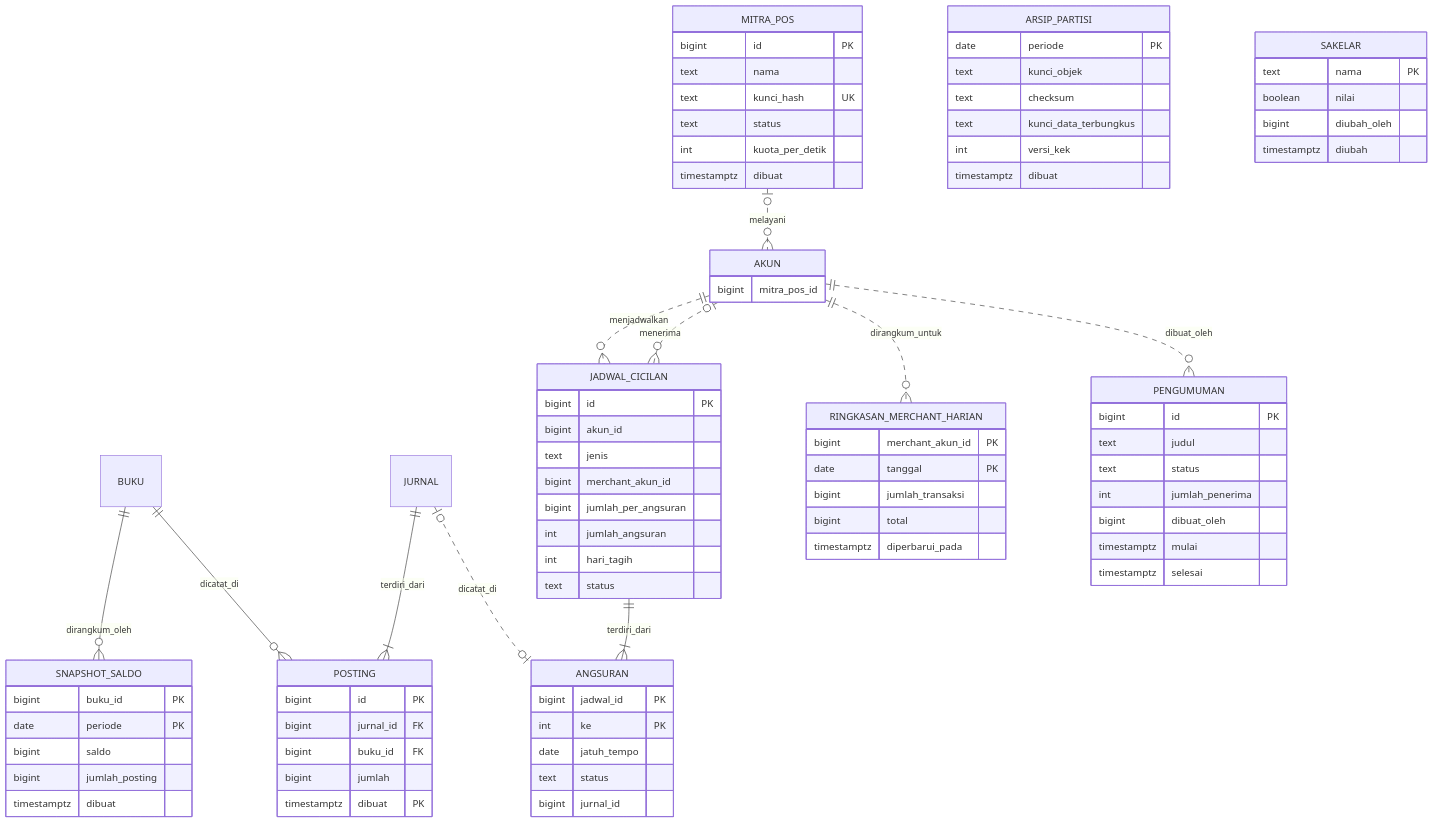
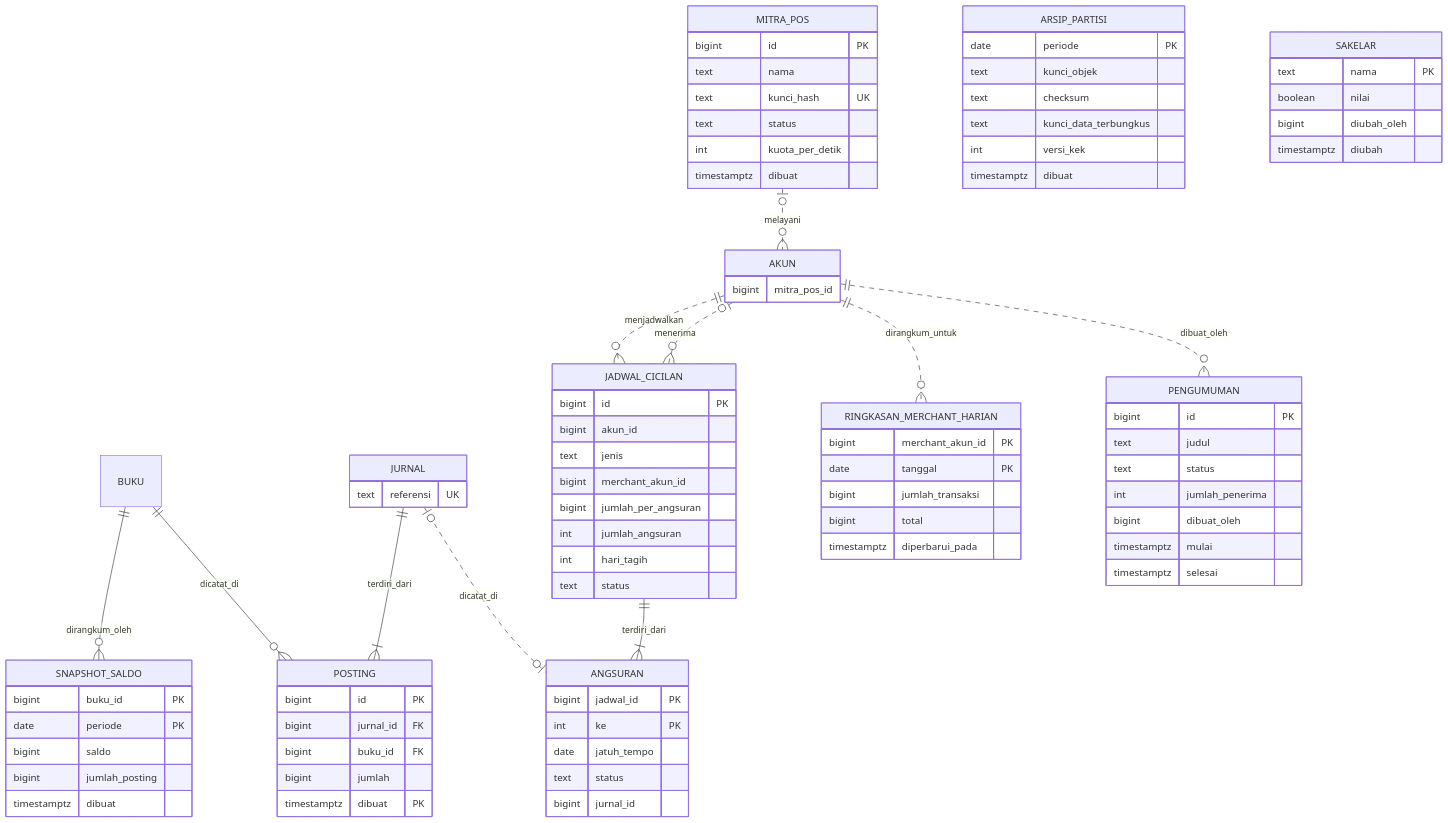
The diagram in plan/CERITA-TAHAP-5.md (fadhilmuhaimin/rekeningo-tech-journey), drawn with Mermaid before and after one commit. The commit also changed other lines of this file, not shown here.

````diff
--- a/plan/CERITA-TAHAP-5.md
+++ b/plan/CERITA-TAHAP-5.md
@@ -339,65 +339,66 @@
 ```mermaid
 erDiagram
   BUKU ||--o{ SNAPSHOT_SALDO : dirangkum_oleh
   JURNAL ||--|{ POSTING : terdiri_dari
   BUKU ||--o{ POSTING : dicatat_di
   JADWAL_CICILAN ||--|{ ANGSURAN : terdiri_dari
   AKUN ||..o{ JADWAL_CICILAN : menjadwalkan
   AKUN |o..o{ JADWAL_CICILAN : menerima
   JURNAL |o..o| ANGSURAN : dicatat_di
   AKUN ||..o{ RINGKASAN_MERCHANT_HARIAN : dirangkum_untuk
   MITRA_POS |o..o{ AKUN : melayani
   AKUN ||..o{ PENGUMUMAN : dibuat_oleh
   POSTING { bigint id PK
     bigint jurnal_id FK
     bigint buku_id FK
     bigint jumlah
     timestamptz dibuat PK }
   SNAPSHOT_SALDO { bigint buku_id PK
     date periode PK
     bigint saldo
     bigint jumlah_posting
     timestamptz dibuat }
   ARSIP_PARTISI { date periode PK
     text kunci_objek
     text checksum
     text kunci_data_terbungkus
     int versi_kek
     timestamptz dibuat }
   RINGKASAN_MERCHANT_HARIAN { bigint merchant_akun_id PK
     date tanggal PK
     bigint jumlah_transaksi
     bigint total
     timestamptz diperbarui_pada }
   JADWAL_CICILAN { bigint id PK
     bigint akun_id
     text jenis
     bigint merchant_akun_id
     bigint jumlah_per_angsuran
     int jumlah_angsuran
     int hari_tagih
     text status }
   ANGSURAN { bigint jadwal_id PK
     int ke PK
     date jatuh_tempo
     text status
     bigint jurnal_id }
   PENGUMUMAN { bigint id PK
     text judul
     text status
     int jumlah_penerima
     bigint dibuat_oleh
     timestamptz mulai
     timestamptz selesai }
   MITRA_POS { bigint id PK
     text nama
     text kunci_hash UK
     text status
     int kuota_per_detik
     timestamptz dibuat }
   SAKELAR { text nama PK
     boolean nilai
     bigint diubah_oleh
     timestamptz diubah }
   AKUN { bigint mitra_pos_id }
+  JURNAL { text referensi UK }
 ```
````
